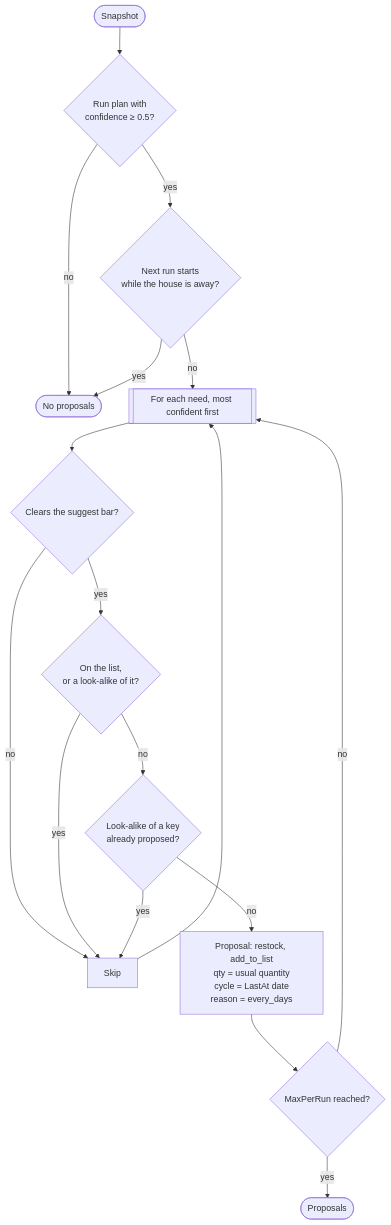
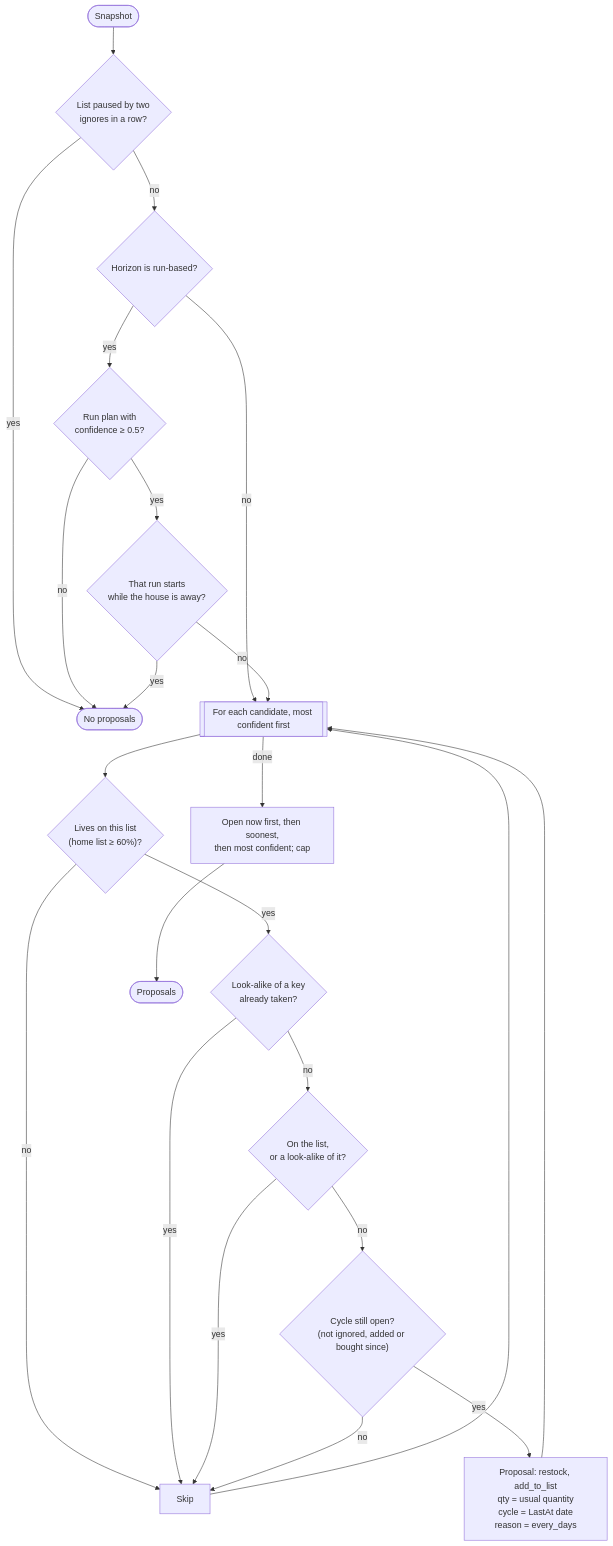
One commit to janvillarosa/gracie-app changed the fifth of 11 diagrams in docs/superpowers/plans/2026-10-17-autopilot-engine.md. Above: the diagram before and after it, drawn with Mermaid. The commit also changed other lines of this file, not shown here.

Commit message:
docs(autopilot): plan v3, one service and one candidate pipeline

````diff
--- a/docs/superpowers/plans/2026-10-17-autopilot-engine.md
+++ b/docs/superpowers/plans/2026-10-17-autopilot-engine.md
@@ -251,19 +278,25 @@
 ```mermaid
 flowchart TD
-    S([Snapshot]) --> R{"Run plan with<br/>confidence ≥ 0.5?"}
-    R -- no --> NONE([No proposals])
-    R -- yes --> A{"Next run starts<br/>while the house is away?"}
+    S([Snapshot]) --> PA{"List paused by two<br/>ignores in a row?"}
+    PA -- yes --> NONE([No proposals])
+    PA -- no --> H{"Horizon is run-based?"}
+    H -- no --> L
+    H -- yes --> R{"Run plan with<br/>confidence ≥ 0.5?"}
+    R -- no --> NONE
+    R -- yes --> A{"That run starts<br/>while the house is away?"}
     A -- yes --> NONE
-    A -- no --> L[["For each need, most confident first"]]
-    L --> C1{"Clears the suggest bar?"}
-    C1 -- no --> SKIP[Skip]
-    C1 -- yes --> C2{"On the list,<br/>or a look-alike of it?"}
+    A -- no --> L[["For each candidate, most confident first"]]
+    L --> C0{"Lives on this list<br/>(home list ≥ 60%)?"}
+    C0 -- no --> SKIP[Skip]
+    C0 -- yes --> C1{"Look-alike of a key<br/>already taken?"}
+    C1 -- yes --> SKIP
+    C1 -- no --> C2{"On the list,<br/>or a look-alike of it?"}
     C2 -- yes --> SKIP
-    C2 -- no --> C3{"Look-alike of a key<br/>already proposed?"}
-    C3 -- yes --> SKIP
-    C3 -- no --> MK["Proposal: restock, add_to_list<br/>qty = usual quantity<br/>cycle = LastAt date<br/>reason = every_days"]
-    MK --> CAP{"MaxPerRun reached?"}
-    CAP -- no --> L
-    CAP -- yes --> OUT([Proposals])
+    C2 -- no --> C3{"Cycle still open?<br/>(not ignored, added or bought since)"}
+    C3 -- no --> SKIP
+    C3 -- yes --> MK["Proposal: restock, add_to_list<br/>qty = usual quantity<br/>cycle = LastAt date<br/>reason = every_days"]
+    MK --> L
     SKIP --> L
+    L -- done --> SORT["Open now first, then soonest,<br/>then most confident; cap"]
+    SORT --> OUT([Proposals])
 ```
````
